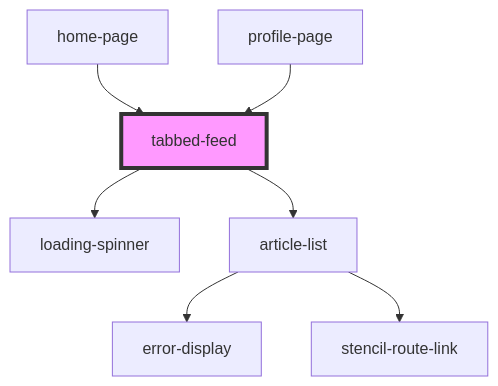
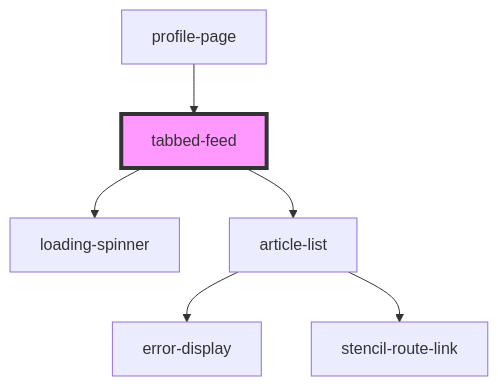
The diagram in src/components/readme.md (GaryWenneker/wijnconcept), drawn with Mermaid before and after one commit. The commit also changed other lines of this file and 67 other files, not shown here.

````diff
--- a/src/components/readme.md
+++ b/src/components/readme.md
@@ -33,10 +32,9 @@
 ```mermaid
 graph TD;
   tabbed-feed --> loading-spinner
   tabbed-feed --> article-list
   article-list --> error-display
   article-list --> stencil-route-link
-  home-page --> tabbed-feed
   profile-page --> tabbed-feed
   style tabbed-feed fill:#f9f,stroke:#333,stroke-width:4px
 ```
````
